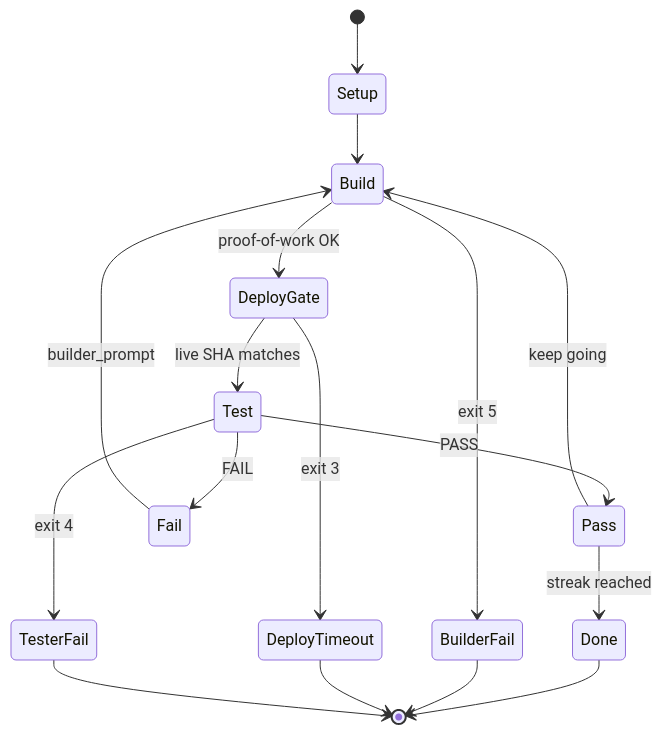
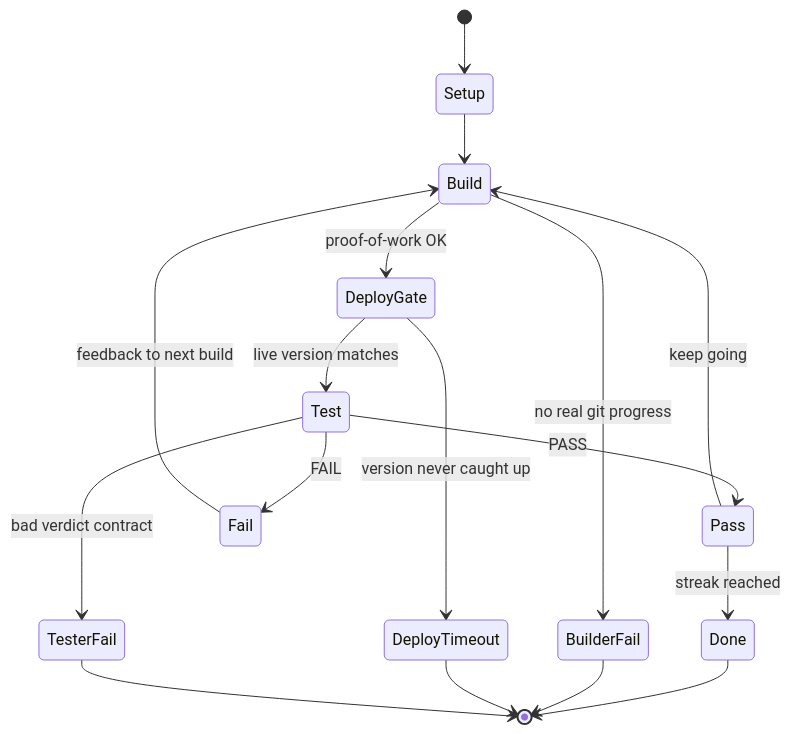
The diagram in content/vibe-coding/ratchet-guide/loop-and-missions.md (southu/vygo), drawn with Mermaid before and after one commit. The commit also changed other lines of this file and 42 other files, not shown here.

````diff
--- a/content/vibe-coding/ratchet-guide/loop-and-missions.md
+++ b/content/vibe-coding/ratchet-guide/loop-and-missions.md
@@ -24,19 +23,19 @@
 ```mermaid
 stateDiagram-v2
   [*] --> Setup
   Setup --> Build
   Build --> DeployGate: proof-of-work OK
-  Build --> BuilderFail: exit 5
-  DeployGate --> Test: live SHA matches
-  DeployGate --> DeployTimeout: exit 3
+  Build --> BuilderFail: no real git progress
+  DeployGate --> Test: live version matches
+  DeployGate --> DeployTimeout: version never caught up
   Test --> Pass: PASS
   Test --> Fail: FAIL
-  Test --> TesterFail: exit 4
+  Test --> TesterFail: bad verdict contract
   Pass --> Done: streak reached
   Pass --> Build: keep going
-  Fail --> Build: builder_prompt
+  Fail --> Build: feedback to next build
   Done --> [*]
   BuilderFail --> [*]
   DeployTimeout --> [*]
   TesterFail --> [*]
 ```
````
